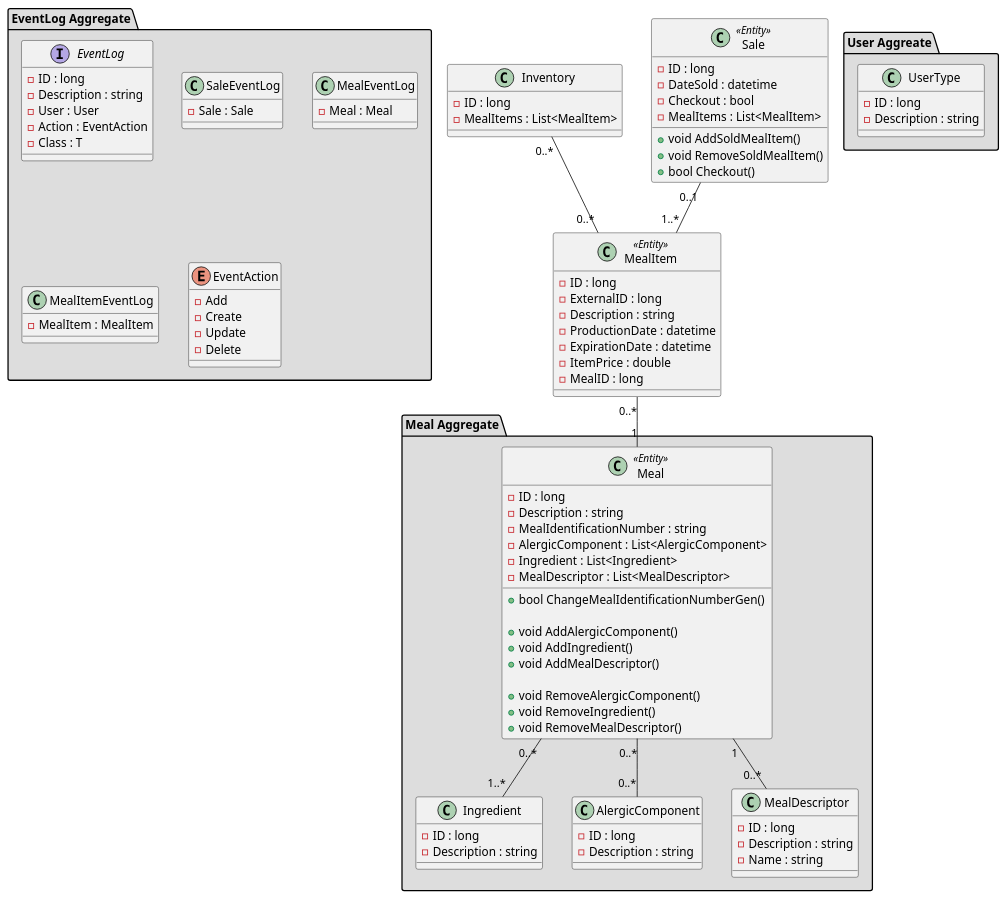
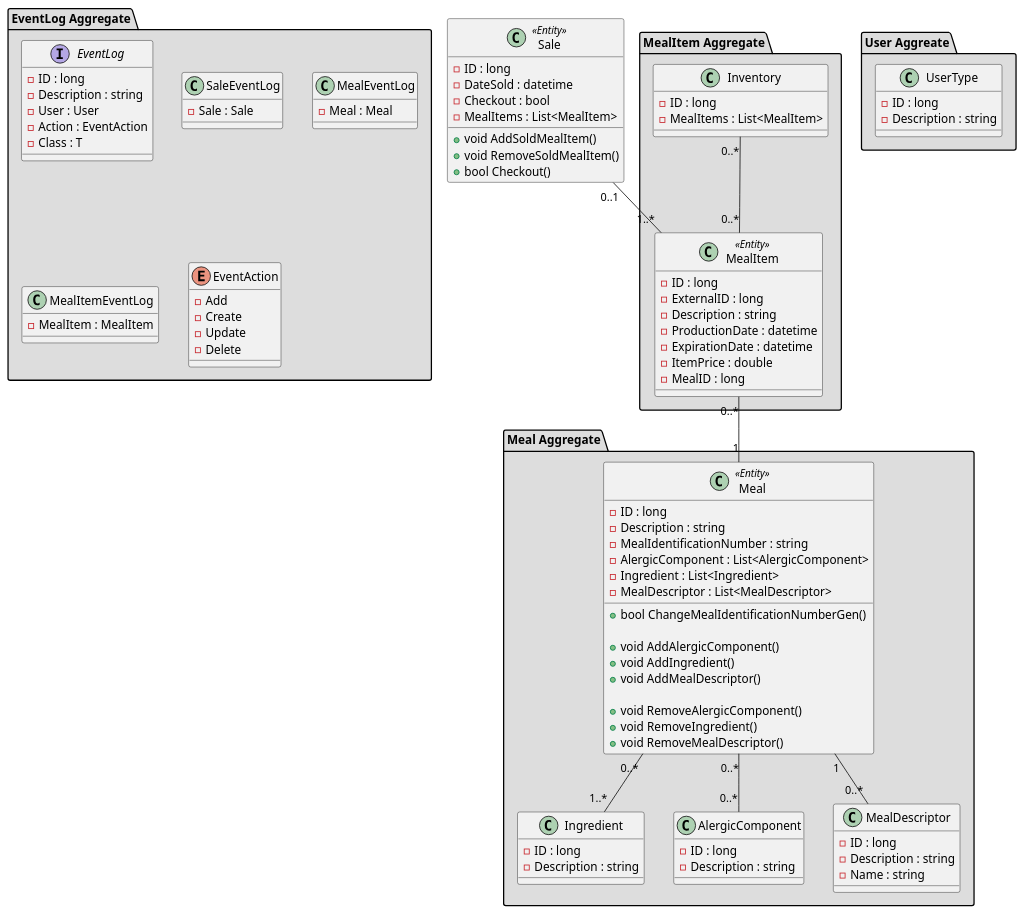
One commit to PeFerreira98/ARQSOFT_2019 changed the diagram in P1/ADD/DomainModelDiagram.puml. Above: the diagram before and after it, drawn with PlantUML.

Commit message:
more change

```diff
--- a/P1/ADD/DomainModelDiagram.puml
+++ b/P1/ADD/DomainModelDiagram.puml
@@ -1,112 +1,114 @@
 @startuml DomainModelDiagram
 
 package "Meal Aggregate" #DDDDDD {
     class Meal <<Entity>> {
         -ID : long
         -Description : string
         -MealIdentificationNumber : string
         -AlergicComponent : List<AlergicComponent>
         -Ingredient : List<Ingredient>
         -MealDescriptor : List<MealDescriptor>
         
         +bool ChangeMealIdentificationNumberGen()
 
         +void AddAlergicComponent()
         +void AddIngredient()
         +void AddMealDescriptor()
 
         +void RemoveAlergicComponent()
         +void RemoveIngredient()
         +void RemoveMealDescriptor()
     }
 
     class Ingredient {
         -ID : long
         -Description : string
     }
 
     class AlergicComponent {
         -ID : long
         -Description : string
     }
 
     class MealDescriptor {
         -ID : long
         -Description : string
         -Name : string
     }
 }
 
-class Inventory {
-    -ID : long
-    -MealItems : List<MealItem>
-}
+package "MealItem Aggregate" #DDDDDD {
+    class Inventory {
+        -ID : long
+        -MealItems : List<MealItem>
+    }
 
-class MealItem <<Entity>> {
-    -ID : long
-    -ExternalID : long
-    -Description : string
-    -ProductionDate : datetime
-    -ExpirationDate : datetime
-    -ItemPrice : double
-    -MealID : long
+    class MealItem <<Entity>> {
+        -ID : long
+        -ExternalID : long
+        -Description : string
+        -ProductionDate : datetime
+        -ExpirationDate : datetime
+        -ItemPrice : double
+        -MealID : long
+    }
 }
 
 class Sale <<Entity>> {
     -ID : long
     -DateSold : datetime
     -Checkout : bool
     -MealItems : List<MealItem>
 
     +void AddSoldMealItem()
     +void RemoveSoldMealItem()
     +bool Checkout()
 }
 
 package "User Aggreate" #DDDDDD {
     class UserType {
         -ID : long
         -Description : string
     }
 }
 
 package "EventLog Aggregate" #DDDDDD {
     interface EventLog {
         -ID : long
         -Description : string
         -User : User
         -Action : EventAction
         -Class : T
     }
 
     class SaleEventLog {
         -Sale : Sale
     }
 
     class MealEventLog {
         -Meal : Meal
     }
 
     class MealItemEventLog {
         -MealItem : MealItem
     }
 
     enum EventAction {
         - Add
         - Create
         - Update
         - Delete
     }
 }
 
 Meal "0..*" -- "0..*" AlergicComponent
 Meal "1" -- "0..*" MealDescriptor
 Meal "0..*" -- "1..*" Ingredient
 
 MealItem "0..*" -- "1" Meal
 
 Sale "0..1" -- "1..*" MealItem
 
 Inventory "0..*" -- "0..*" MealItem
 
 @enduml
```
